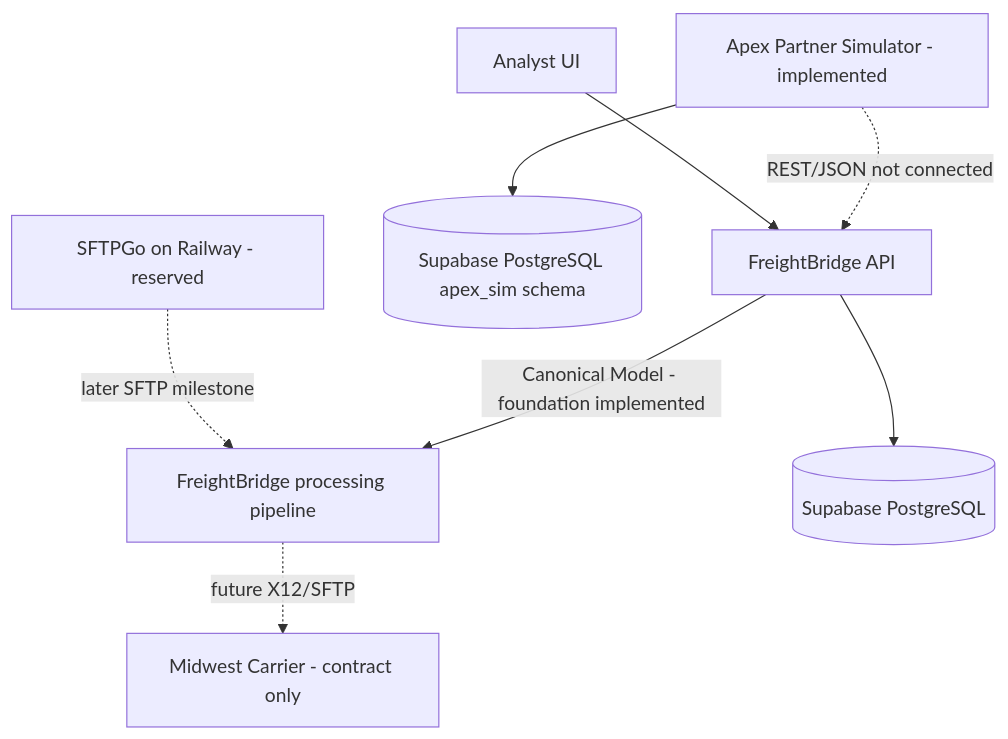
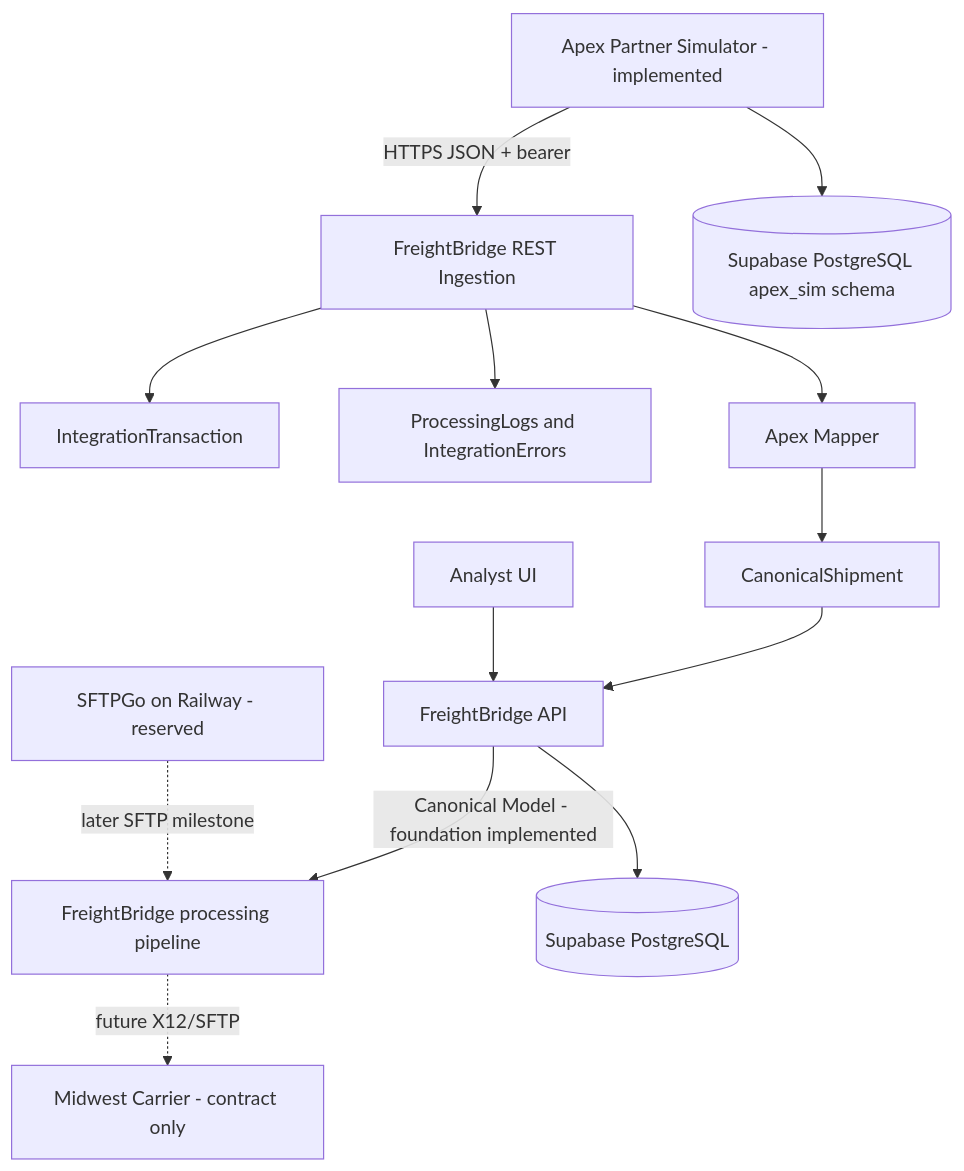
Before and after one commit to Ryandeboss/FreightBridge: the diagram in docs/architecture/initial-architecture.md, drawn with Mermaid. The commit also changed other lines of this file and 36 other files, not shown here.

Commit message:
Integrate Apex load tenders into FreightBridge

````diff
--- a/docs/architecture/initial-architecture.md
+++ b/docs/architecture/initial-architecture.md
@@ -5,10 +5,15 @@
 ```mermaid
 flowchart TD
-  Apex[Apex Partner Simulator - implemented] -. REST/JSON not connected .-> API[FreightBridge API]
+  Apex[Apex Partner Simulator - implemented] -->|HTTPS JSON + bearer| Ingest[FreightBridge REST Ingestion]
+  Ingest --> Tx[IntegrationTransaction]
+  Ingest --> Logs[ProcessingLogs and IntegrationErrors]
+  Ingest --> Mapper[Apex Mapper]
+  Mapper --> Canonical[CanonicalShipment]
+  Canonical --> API[FreightBridge API]
   UI[Analyst UI] --> API
   API -->|Canonical Model - foundation implemented| Pipeline[FreightBridge processing pipeline]
   Pipeline -. future X12/SFTP .-> Midwest[Midwest Carrier - contract only]
   API --> Supabase[(Supabase PostgreSQL)]
   Apex --> ApexSchema[(Supabase PostgreSQL apex_sim schema)]
   SFTP[SFTPGo on Railway - reserved] -. later SFTP milestone .-> Pipeline
 ```
````
